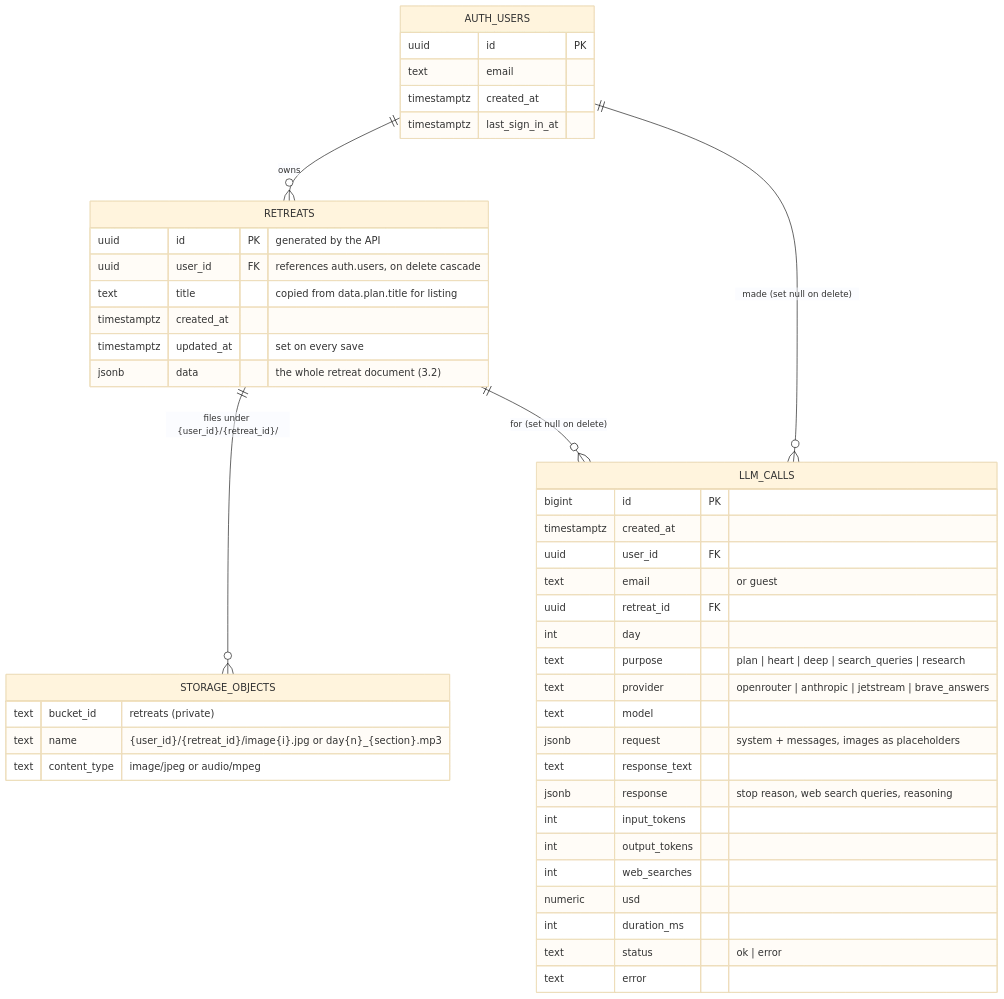
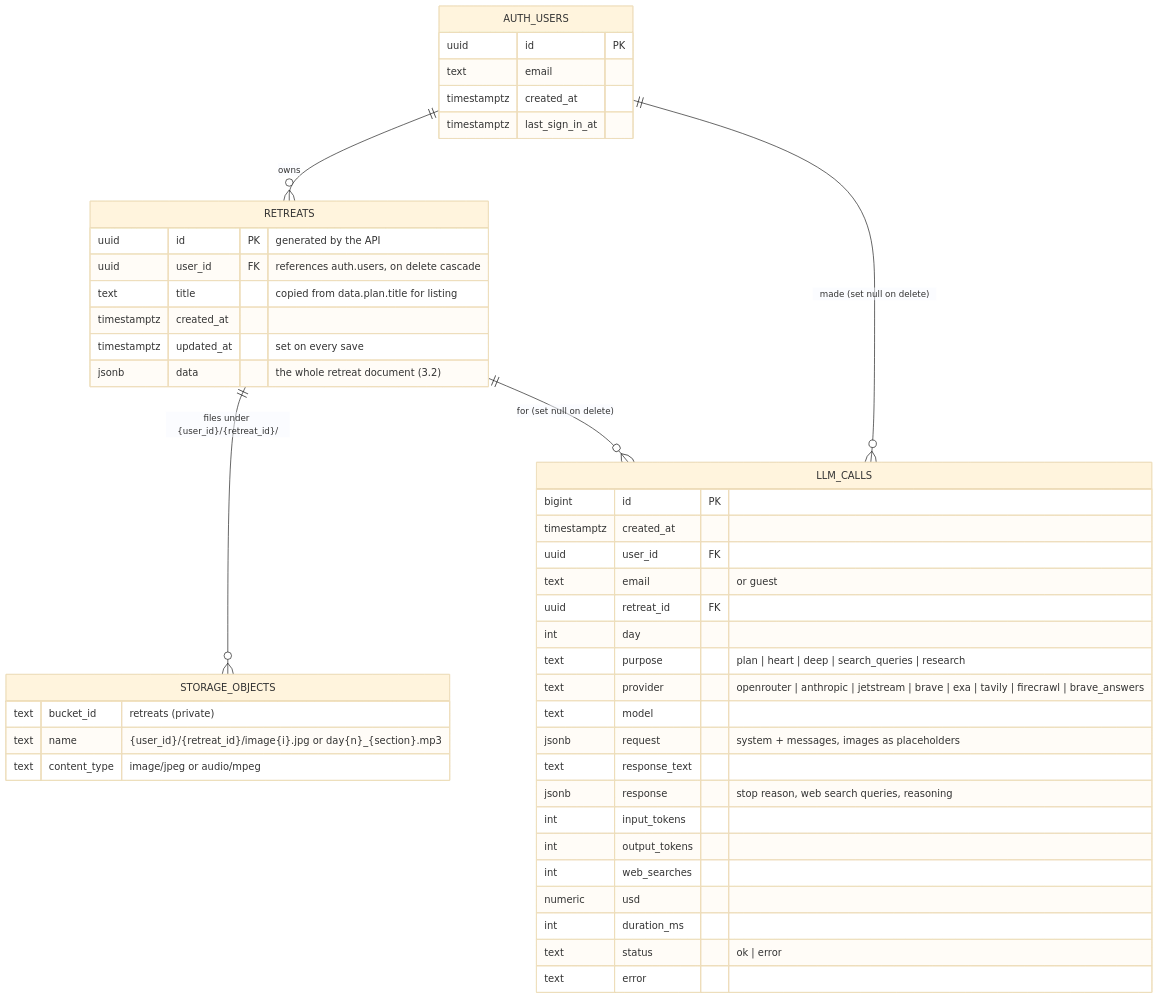
Before and after one commit to bcollier/ignatius-hw4-api: the fourth of 20 diagrams in docs/ARCHITECTURE.md, drawn with Mermaid (base theme). The commit also changed other lines of this file and 11 other files, not shown here.

````diff
--- a/docs/ARCHITECTURE.md
+++ b/docs/ARCHITECTURE.md
@@ -138,48 +138,48 @@
 ```mermaid
 erDiagram
     AUTH_USERS ||--o{ RETREATS : owns
     RETREATS ||--o{ STORAGE_OBJECTS : "files under {user_id}/{retreat_id}/"
     AUTH_USERS ||--o{ LLM_CALLS : "made (set null on delete)"
     RETREATS ||--o{ LLM_CALLS : "for (set null on delete)"
 
     AUTH_USERS {
         uuid id PK
         text email
         timestamptz created_at
         timestamptz last_sign_in_at
     }
     RETREATS {
         uuid id PK "generated by the API"
         uuid user_id FK "references auth.users, on delete cascade"
         text title "copied from data.plan.title for listing"
         timestamptz created_at
         timestamptz updated_at "set on every save"
         jsonb data "the whole retreat document (3.2)"
     }
     LLM_CALLS {
         bigint id PK
         timestamptz created_at
         uuid user_id FK
         text email "or guest"
         uuid retreat_id FK
         int day
         text purpose "plan | heart | deep | search_queries | research"
-        text provider "openrouter | anthropic | jetstream | brave_answers"
+        text provider "openrouter | anthropic | jetstream | brave | exa | tavily | firecrawl | brave_answers"
         text model
         jsonb request "system + messages, images as placeholders"
         text response_text
         jsonb response "stop reason, web search queries, reasoning"
         int input_tokens
         int output_tokens
         int web_searches
         numeric usd
         int duration_ms
         text status "ok | error"
         text error
     }
     STORAGE_OBJECTS {
         text bucket_id "retreats (private)"
         text name "{user_id}/{retreat_id}/image{i}.jpg or day{n}_{section}.mp3"
         text content_type "image/jpeg or audio/mpeg"
     }
 ```
````
